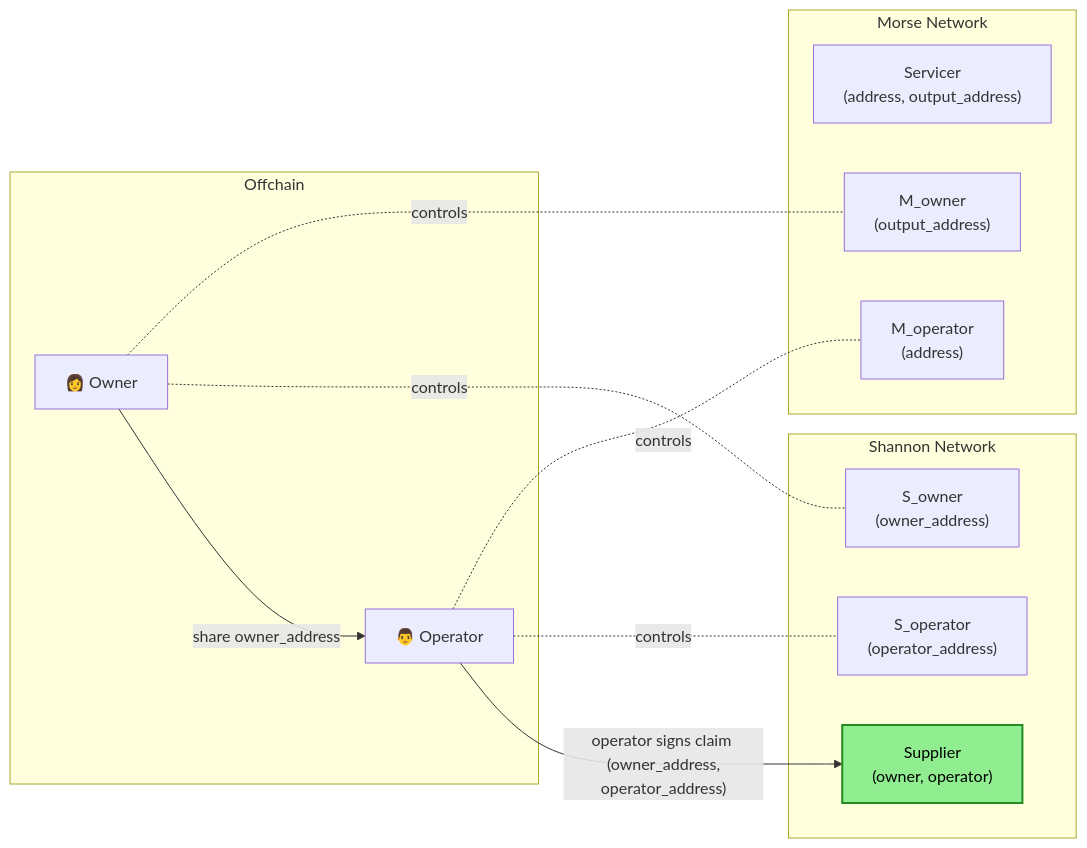
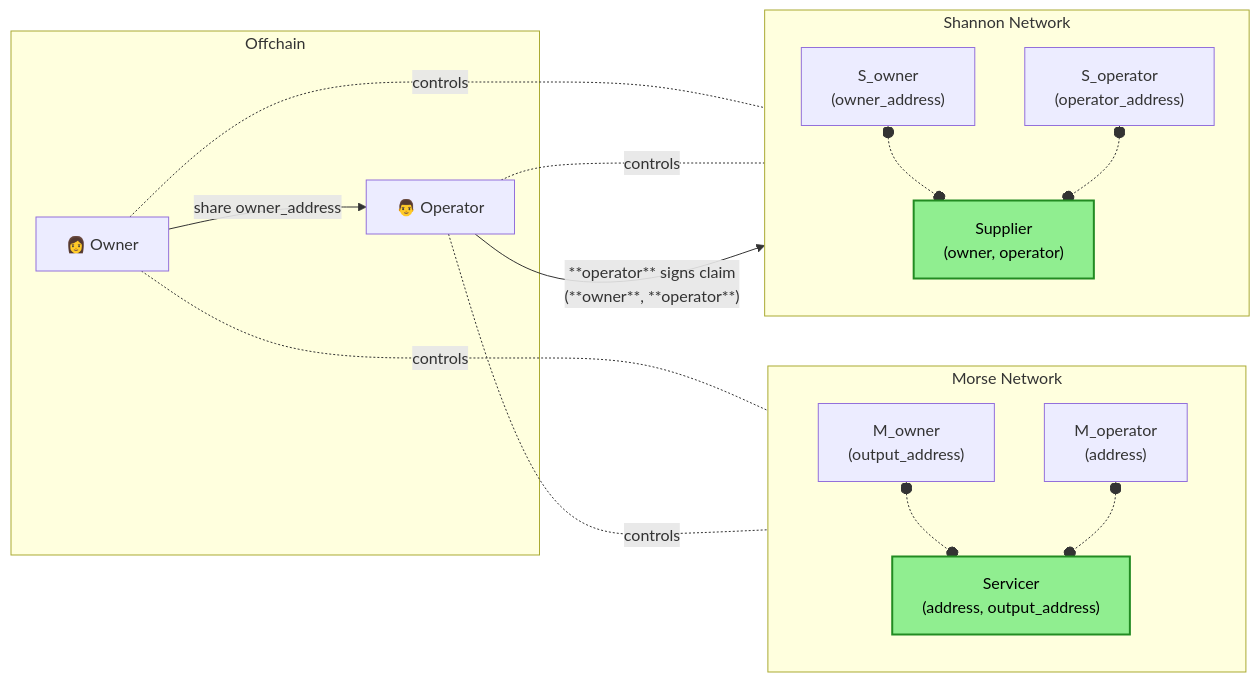
Before and after one commit to pokt-network/poktroll: the third of 4 diagrams in docusaurus/docs/2_explore/4_morse_migration/10_non_custodial_intro.md, drawn with Mermaid. The commit also changed other lines of this file, not shown here.

Commit message:
[Docs]: Update non-custodial table & flowchart (#1358)

````diff
--- a/docusaurus/docs/2_explore/4_morse_migration/10_non_custodial_intro.md
+++ b/docusaurus/docs/2_explore/4_morse_migration/10_non_custodial_intro.md
@@ -181,30 +191,40 @@
 ```mermaid
 graph LR
     subgraph Offchain[Offchain]
         Owner["👩 Owner"]
         Operator["👨 Operator"]
     end
 
     subgraph Morse[Morse Network]
+        direction TB
+
+        M_owner["M_owner<br/>(output_address)"]
         Servicer["Servicer<br/>(address, output_address)"]
-        M_owner["M_owner<br/>(output_address)"]
         M_operator["M_operator<br/>(address)"]
+
+        M_owner o-.-o Servicer
+        M_operator o-.-o Servicer
     end
 
     subgraph Shannon[Shannon Network]
+        direction TB
+
+        S_owner["S_owner<br/>(owner_address)"]
         Supplier["Supplier<br/>(owner, operator)"]
-        S_owner["S_owner<br/>(owner_address)"]
         S_operator["S_operator<br/>(operator_address)"]
+
+        S_owner o-.-o Supplier
+        S_operator o-.-o Supplier
     end
 
     Owner -.-|"controls"| M_owner
     Owner -.-|"controls"| S_owner
     Operator -.-|"controls"| M_operator
     Operator -.-|"controls"| S_operator
 
     Owner -->|share owner_address<br/> | Operator
-    Operator -->|"operator signs claim <br/> (owner_address, operator_address)"| Supplier
+    Operator -->|"**operator** signs claim <br/> (**owner**, **operator**)"| Supplier
 
     classDef green fill:#90EE90,stroke:#228B22,stroke-width:2px,color:#000000
-    class Supplier green
+    class Supplier,Servicer green
 ```
````
